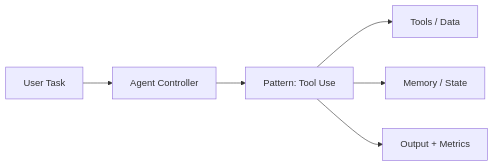
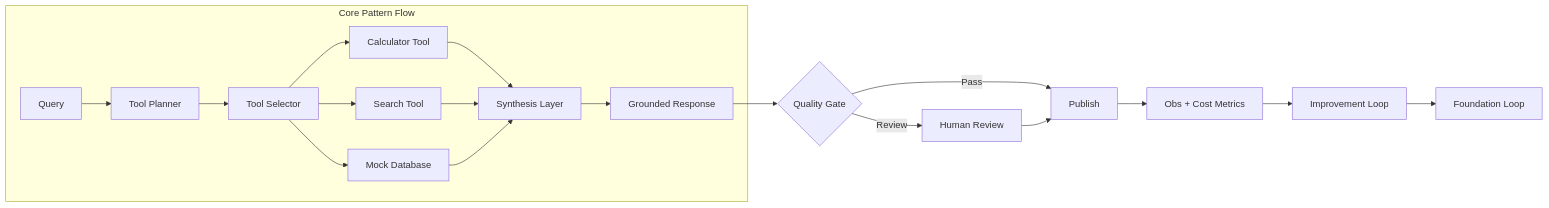
One commit to vivekreeves/agentic-design-patterns-lab changed the diagram in notebooks/level_01_agent_foundations/05_tool_use_architecture.md. Above: the diagram before and after it, drawn with Mermaid. The commit also changed 71 other files, not shown here.

````diff
--- a/notebooks/level_01_agent_foundations/05_tool_use_architecture.md
+++ b/notebooks/level_01_agent_foundations/05_tool_use_architecture.md
@@ -5,8 +5,21 @@
 ```mermaid
 flowchart LR
-  Q[User Task] --> A[Agent Controller]
-  A --> P[Pattern: Tool Use]
-  P --> T[Tools / Data]
-  P --> M[Memory / State]
-  P --> O[Output + Metrics]
+  subgraph CoreFlow[Core Pattern Flow]
+    Q[Query] --> PL[Tool Planner]
+    PL --> TS[Tool Selector]
+    TS --> CALC[Calculator Tool]
+    TS --> SRCH[Search Tool]
+    TS --> DB[Mock Database]
+    CALC --> SYN[Synthesis Layer]
+    SRCH --> SYN
+    DB --> SYN
+    SYN --> O[Grounded Response]
+  end
+  O --> QG{Quality Gate}
+  QG -->|Pass| PUB[Publish]
+  QG -->|Review| HREV[Human Review]
+  HREV --> PUB
+  PUB --> OBS[Obs + Cost Metrics]
+  OBS --> LOOP[Improvement Loop]
+  LOOP --> L1[Foundation Loop]
 ```
````
